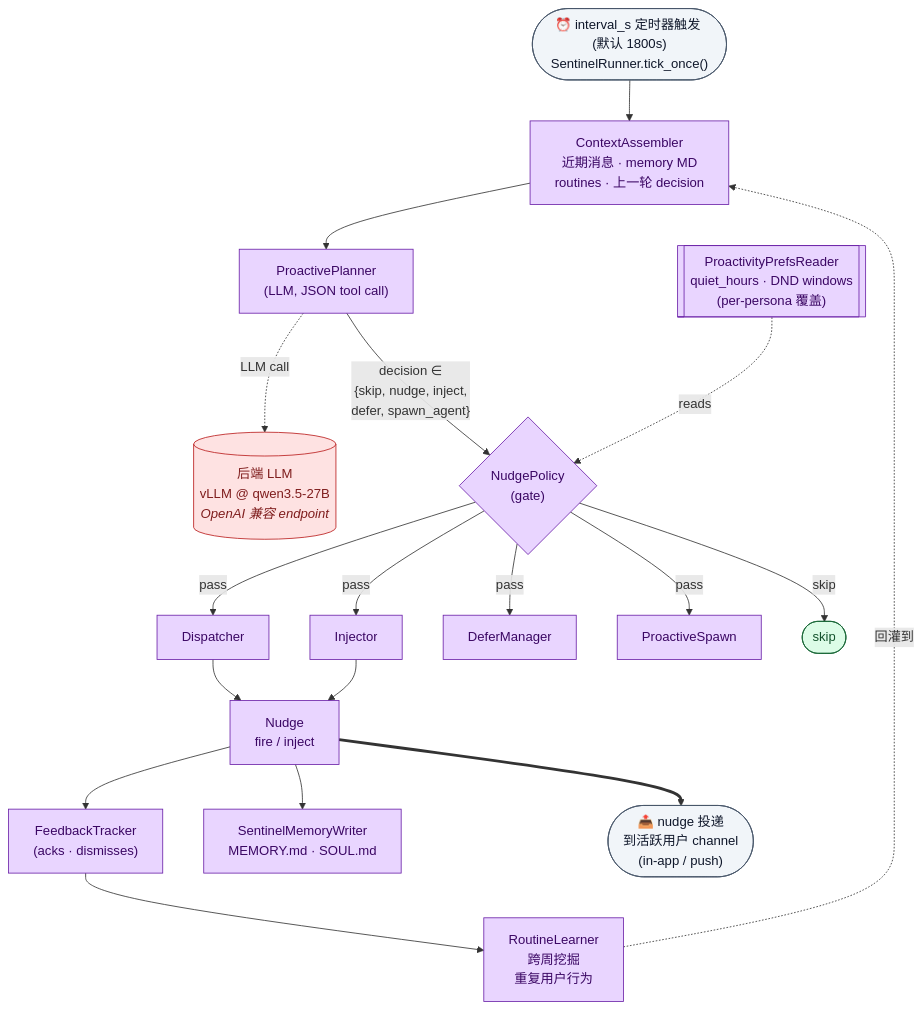
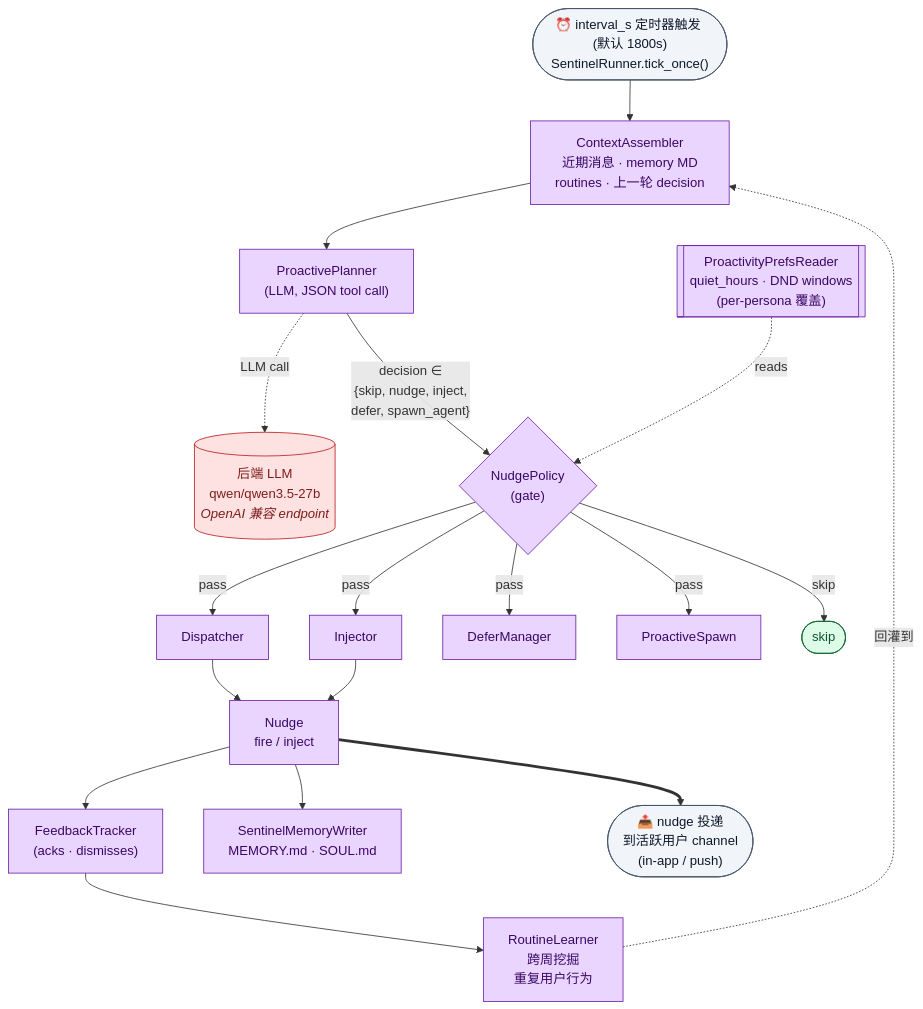
One commit to EverMind-AI/Raven changed the second of 2 diagrams in benchmarks/proactivity_eval/data/longrun/README_zh.md. Above: the diagram before and after it, drawn with Mermaid. The commit also changed other lines of this file and 17 other files, not shown here.

````diff
--- a/benchmarks/proactivity_eval/data/longrun/README_zh.md
+++ b/benchmarks/proactivity_eval/data/longrun/README_zh.md
@@ -110,47 +110,47 @@
 ```mermaid
 flowchart TB
     classDef sentinel fill:#e9d5ff,stroke:#6b21a8,color:#3b0764
     classDef backend fill:#fee2e2,stroke:#b91c1c,color:#7f1d1d
     classDef terminal fill:#dcfce7,stroke:#166534,color:#14532d
     classDef io fill:#f1f5f9,stroke:#475569,color:#0f172a
 
     IN(["⏰ interval_s 定时器触发 (默认 1800s)<br/>SentinelRunner.tick_once()"]):::io
 
     CA["ContextAssembler<br/>近期消息 · memory MD<br/>routines · 上一轮 decision"]:::sentinel
     PP["ProactivePlanner<br/>(LLM, JSON tool call)"]:::sentinel
     NP{"NudgePolicy<br/>(gate)"}:::sentinel
     PREF[["ProactivityPrefsReader<br/>quiet_hours · DND windows<br/>(per-persona 覆盖)"]]:::sentinel
 
     DISP["Dispatcher"]:::sentinel
     INJ["Injector"]:::sentinel
     DEFER["DeferManager"]:::sentinel
     SPAWN["ProactiveSpawn"]:::sentinel
     SKIP(["skip"]):::terminal
 
     NUDGE["Nudge<br/>fire / inject"]:::sentinel
     FT["FeedbackTracker<br/>(acks · dismisses)"]:::sentinel
     RL["RoutineLearner<br/>跨周挖掘<br/>重复用户行为"]:::sentinel
     MW["SentinelMemoryWriter<br/>MEMORY.md · SOUL.md"]:::sentinel
 
-    VLLM[("后端 LLM<br/>vLLM @ qwen3.5-27B<br/><i>OpenAI 兼容 endpoint</i>")]:::backend
+    VLLM[("后端 LLM<br/>qwen/qwen3.5-27b<br/><i>OpenAI 兼容 endpoint</i>")]:::backend
 
     OUT(["📤 nudge 投递<br/>到活跃用户 channel<br/>(in-app / push)"]):::io
 
     IN --> CA
     CA --> PP
     PP -. "LLM call" .-> VLLM
     PP -- "decision ∈<br/>{skip, nudge, inject,<br/>defer, spawn_agent}" --> NP
     PREF -. "reads" .-> NP
     NP -->|pass| DISP
     NP -->|pass| INJ
     NP -->|pass| DEFER
     NP -->|pass| SPAWN
     NP -->|skip| SKIP
     DISP --> NUDGE
     INJ --> NUDGE
     NUDGE --> FT
     FT --> RL
     NUDGE --> MW
     RL -. "回灌到" .-> CA
     NUDGE ==> OUT
 ```
````
